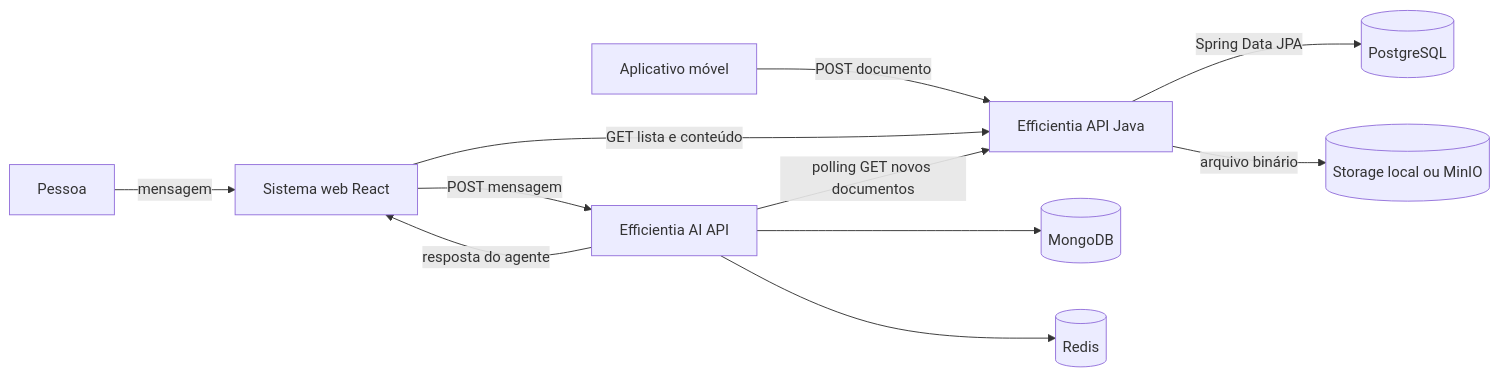
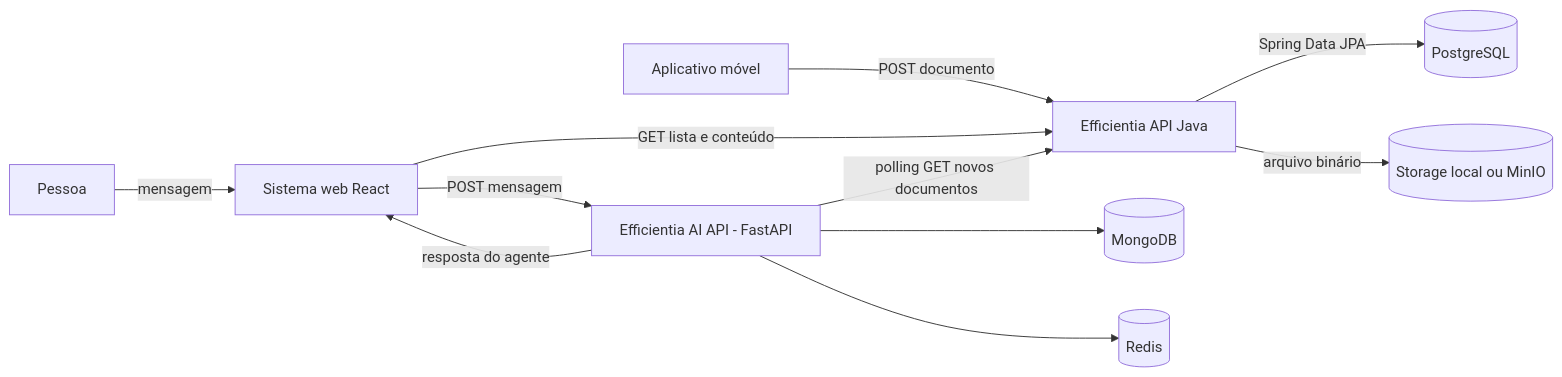
Before and after one commit to Efficientia/Efficientia-API: the first of 2 diagrams in docs/SPEC_INITIAL-STRUCTURE.md, drawn with Mermaid. The commit also changed other lines of this file and 8 other files, not shown here.

````diff
--- a/docs/SPEC_INITIAL-STRUCTURE.md
+++ b/docs/SPEC_INITIAL-STRUCTURE.md
@@ -175,13 +175,13 @@
 ```mermaid
 flowchart LR
     Pessoa[Pessoa] -->|mensagem| Web[Sistema web React]
     Mobile[Aplicativo móvel] -->|POST documento| API[Efficientia API Java]
     Web -->|GET lista e conteúdo| API
     API -->|Spring Data JPA| PG[(PostgreSQL)]
     API -->|arquivo binário| Storage[(Storage local ou MinIO)]
-    Web -->|POST mensagem| AI[Efficientia AI API]
+    Web -->|POST mensagem| AI[Efficientia AI API - FastAPI]
     AI -->|resposta do agente| Web
     AI -->|polling GET novos documentos| API
     AI --> Mongo[(MongoDB)]
     AI --> Redis[(Redis)]
 ```
````
